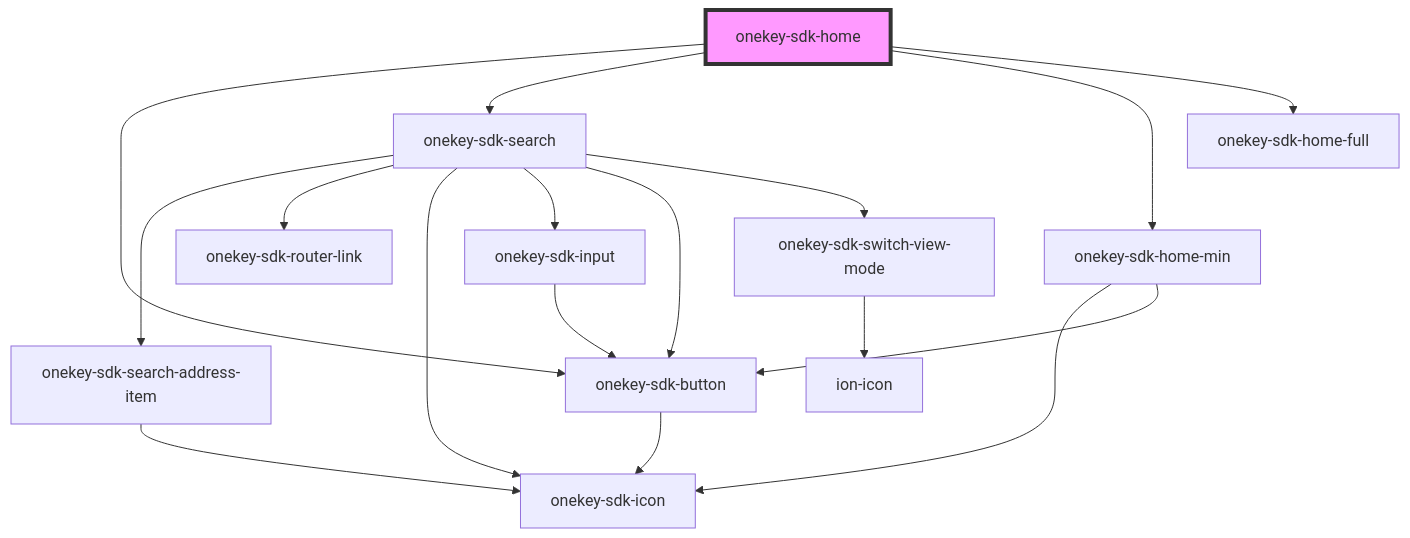
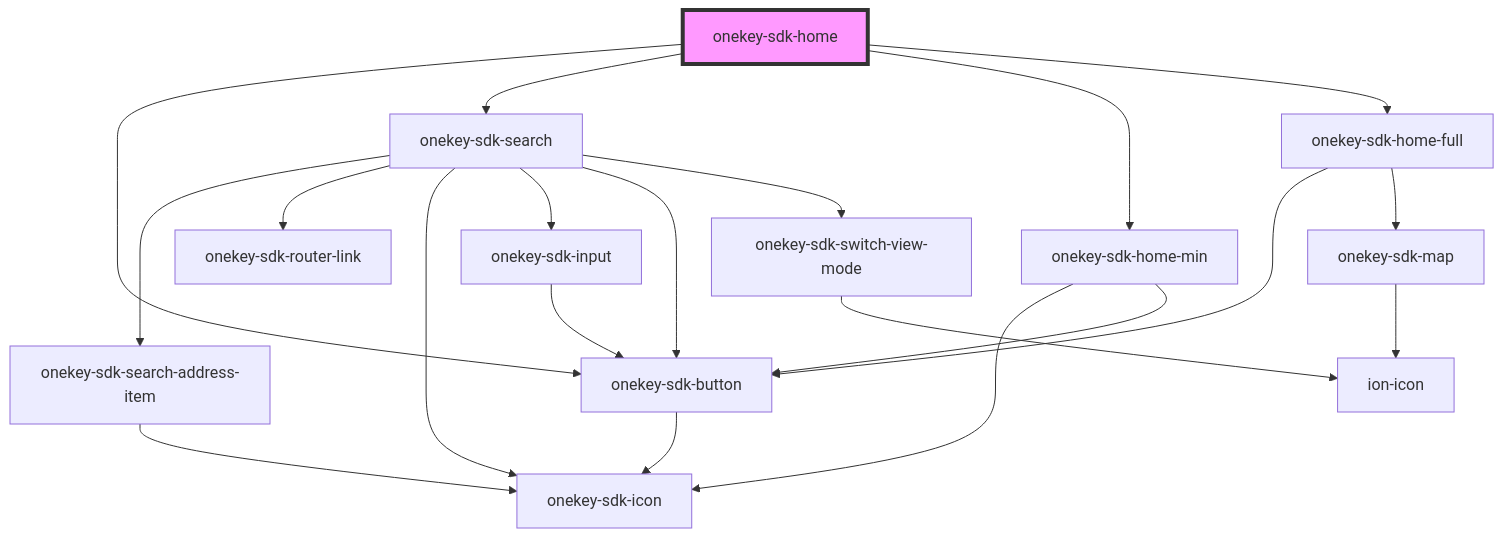
The diagram in packages/onekey-sdk-core-ui/docs/components/screens/onekey-sdk-home/readme.md (hcl-sdk/HealthCareLocatorWebSDK), drawn with Mermaid before and after one commit. The commit also changed 8 other files, not shown here.

````diff
--- a/packages/onekey-sdk-core-ui/docs/components/screens/onekey-sdk-home/readme.md
+++ b/packages/onekey-sdk-core-ui/docs/components/screens/onekey-sdk-home/readme.md
@@ -18,20 +18,23 @@
 ```mermaid
 graph TD;
   onekey-sdk-home --> onekey-sdk-button
   onekey-sdk-home --> onekey-sdk-search
   onekey-sdk-home --> onekey-sdk-home-min
   onekey-sdk-home --> onekey-sdk-home-full
   onekey-sdk-button --> onekey-sdk-icon
   onekey-sdk-search --> onekey-sdk-search-address-item
   onekey-sdk-search --> onekey-sdk-router-link
   onekey-sdk-search --> onekey-sdk-icon
   onekey-sdk-search --> onekey-sdk-input
   onekey-sdk-search --> onekey-sdk-button
   onekey-sdk-search --> onekey-sdk-switch-view-mode
   onekey-sdk-search-address-item --> onekey-sdk-icon
   onekey-sdk-input --> onekey-sdk-button
   onekey-sdk-switch-view-mode --> ion-icon
   onekey-sdk-home-min --> onekey-sdk-icon
   onekey-sdk-home-min --> onekey-sdk-button
+  onekey-sdk-home-full --> onekey-sdk-button
+  onekey-sdk-home-full --> onekey-sdk-map
+  onekey-sdk-map --> ion-icon
   style onekey-sdk-home fill:#f9f,stroke:#333,stroke-width:4px
 ```
````
